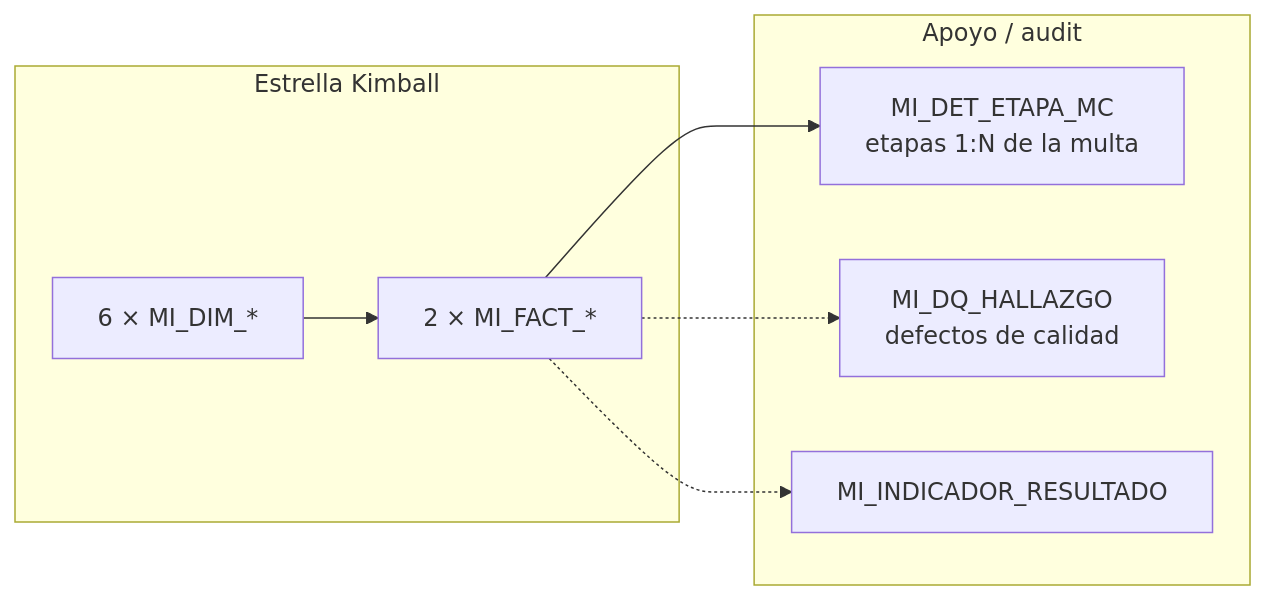
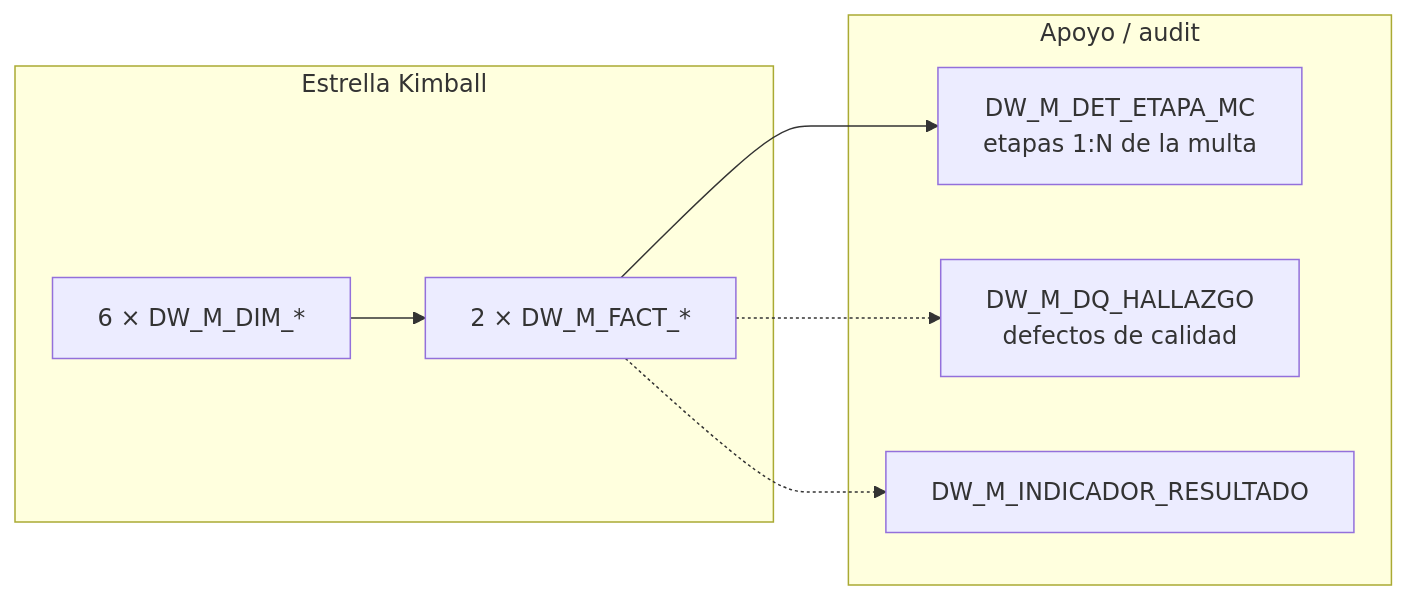
Before and after one commit to nwodevops/multa_informes_etl: the second of 2 diagrams in docs/modelo-kimball.md, drawn with Mermaid. The commit also changed other lines of this file and 67 other files, not shown here.

````diff
--- a/docs/modelo-kimball.md
+++ b/docs/modelo-kimball.md
@@ -80,16 +80,16 @@
 ```mermaid
 flowchart LR
   subgraph estrella ["Estrella Kimball"]
-    DIM["6 × MI_DIM_*"] --> FACT["2 × MI_FACT_*"]
+    DIM["6 × DW_M_DIM_*"] --> FACT["2 × DW_M_FACT_*"]
   end
 
   subgraph apoyo ["Apoyo / audit"]
-    DET["MI_DET_ETAPA_MC<br/>etapas 1:N de la multa"]
-    DQ["MI_DQ_HALLAZGO<br/>defectos de calidad"]
-    IND["MI_INDICADOR_RESULTADO"]
+    DET["DW_M_DET_ETAPA_MC<br/>etapas 1:N de la multa"]
+    DQ["DW_M_DQ_HALLAZGO<br/>defectos de calidad"]
+    IND["DW_M_INDICADOR_RESULTADO"]
   end
 
   FACT --> DET
   FACT -.-> DQ
   FACT -.-> IND
 ```
````
